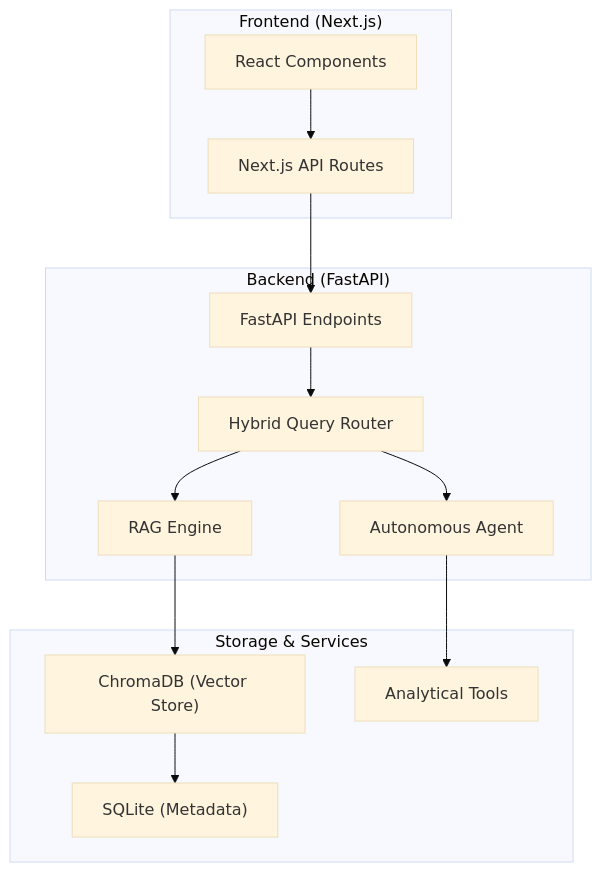
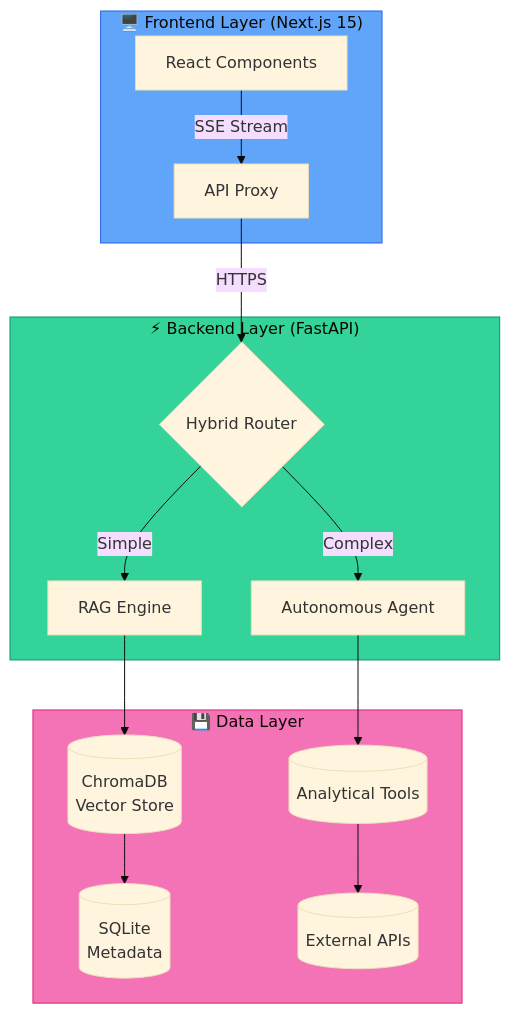
Before and after one commit to daniellopez882/AI-Real-Estate-Assistant: the diagram in README.md, drawn with Mermaid (base theme). The commit also changed other lines of this file and 6 other files, not shown here.

````diff
--- a/README.md
+++ b/README.md
@@ -33,20 +161,23 @@
 ```mermaid
 flowchart TB
-  subgraph Client_Layer["Frontend (Next.js)"]
-    UI["React Components"] --> Proxy["Next.js API Routes"]
-  end
+    subgraph Client["🖥️ Frontend Layer (Next.js 15)"]
+        UI[React Components] -->|SSE Stream| Proxy[API Proxy]
+    end
 
-  subgraph Logic_Layer["Backend (FastAPI)"]
-    API["FastAPI Endpoints"] --> Router["Hybrid Query Router"]
-    Router --> RAG["RAG Engine"]
-    Router --> Agent["Autonomous Agent"]
-  end
+    subgraph API["⚡ Backend Layer (FastAPI)"]
+        Proxy -->|HTTPS| Router{Hybrid Router}
+        Router -->|Simple| RAG[RAG Engine]
+        Router -->|Complex| Agent[Autonomous Agent]
+    end
 
-  subgraph Data_Layer["Storage & Services"]
-    RAG --> VS["ChromaDB (Vector Store)"]
-    Agent --> Tools["Analytical Tools"]
-    VS --> SQLite["SQLite (Metadata)"]
-  end
+    subgraph Data["💾 Data Layer"]
+        RAG --> Chroma[("ChromaDB<br/>Vector Store")]
+        Agent --> Tools[("Analytical Tools")]
+        Chroma --> SQLite[("SQLite<br/>Metadata")]
+        Tools --> External[("External APIs")]
+    end
 
-  Proxy --> API
+    style Client fill:#60A5FA,stroke:#2563EB
+    style API fill:#34D399,stroke:#059669
+    style Data fill:#F472B6,stroke:#DB2777
 ```
````
